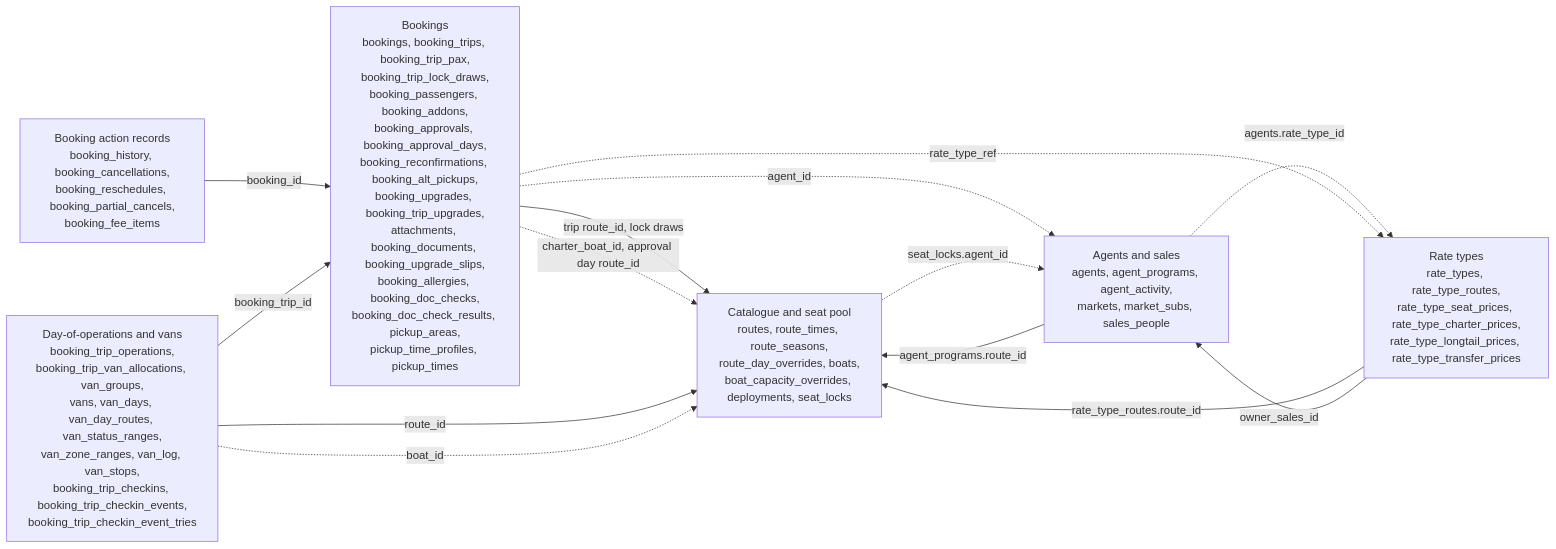
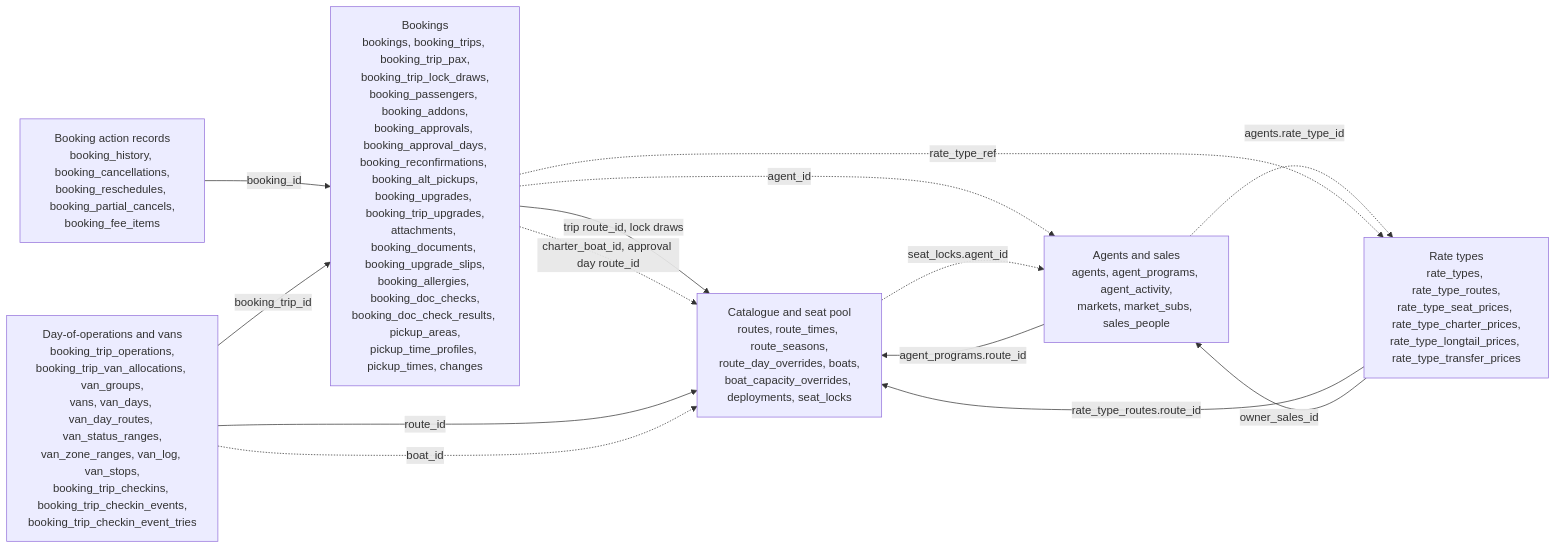
One commit to TheTaTha5/operation_backend changed the first of 7 diagrams in docs/schema.md. Above: the diagram before and after it, drawn with Mermaid. The commit also changed 12 other files, not shown here.

````diff
--- a/docs/schema.md
+++ b/docs/schema.md
@@ -28,23 +28,23 @@
 ```mermaid
 flowchart LR
   catalogue["Catalogue and seat pool<br/>routes, route_times, route_seasons,<br/>route_day_overrides, boats,<br/>boat_capacity_overrides, deployments, seat_locks"]
-  bookings["Bookings<br/>bookings, booking_trips, booking_trip_pax,<br/>booking_trip_lock_draws,<br/>booking_passengers, booking_addons,<br/>booking_approvals, booking_approval_days,<br/>booking_reconfirmations, booking_alt_pickups,<br/>booking_upgrades, booking_trip_upgrades,<br/>attachments, booking_documents, booking_upgrade_slips,<br/>booking_allergies, booking_doc_checks,<br/>booking_doc_check_results, pickup_areas,<br/>pickup_time_profiles, pickup_times"]
+  bookings["Bookings<br/>bookings, booking_trips, booking_trip_pax,<br/>booking_trip_lock_draws,<br/>booking_passengers, booking_addons,<br/>booking_approvals, booking_approval_days,<br/>booking_reconfirmations, booking_alt_pickups,<br/>booking_upgrades, booking_trip_upgrades,<br/>attachments, booking_documents, booking_upgrade_slips,<br/>booking_allergies, booking_doc_checks,<br/>booking_doc_check_results, pickup_areas,<br/>pickup_time_profiles, pickup_times, changes"]
   actions["Booking action records<br/>booking_history, booking_cancellations,<br/>booking_reschedules, booking_partial_cancels,<br/>booking_fee_items"]
   ops["Day-of-operations and vans<br/>booking_trip_operations,<br/>booking_trip_van_allocations, van_groups,<br/>vans, van_days, van_day_routes, van_status_ranges,<br/>van_zone_ranges, van_log, van_stops,<br/>booking_trip_checkins, booking_trip_checkin_events,<br/>booking_trip_checkin_event_tries"]
   sales["Agents and sales<br/>agents, agent_programs, agent_activity,<br/>markets, market_subs, sales_people"]
   rates["Rate types<br/>rate_types, rate_type_routes,<br/>rate_type_seat_prices, rate_type_charter_prices,<br/>rate_type_longtail_prices, rate_type_transfer_prices"]
 
   bookings -- "trip route_id, lock draws" --> catalogue
   bookings -. "charter_boat_id, approval day route_id" .-> catalogue
   actions -- "booking_id" --> bookings
   ops -- "booking_trip_id" --> bookings
   ops -- "route_id" --> catalogue
   ops -. "boat_id" .-> catalogue
   sales -- "agent_programs.route_id" --> catalogue
   bookings -. "agent_id" .-> sales
   catalogue -. "seat_locks.agent_id" .-> sales
   rates -- "rate_type_routes.route_id" --> catalogue
   rates -- "owner_sales_id" --> sales
   sales -. "agents.rate_type_id" .-> rates
   bookings -. "rate_type_ref" .-> rates
 ```
````
